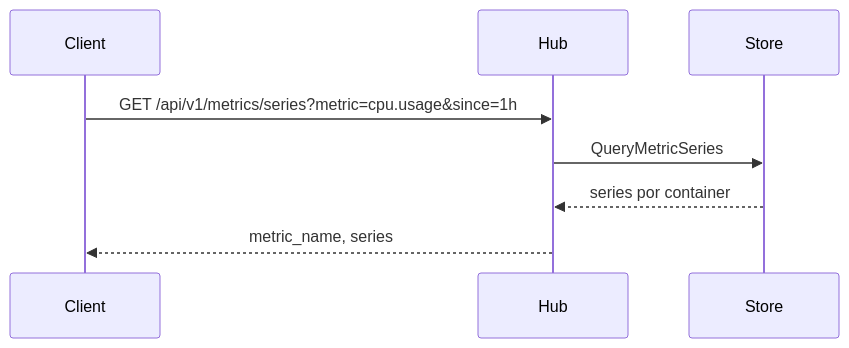
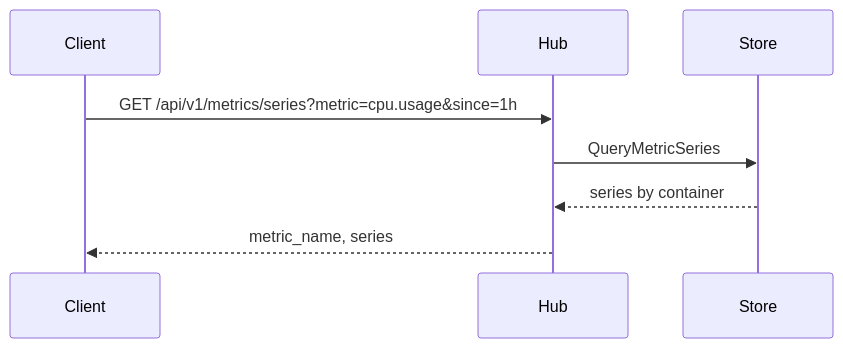
One commit to HarryRaddatz/argus-observability changed the second of 2 diagrams in docs/flows/metrics-ingestion.md. Above: the diagram before and after it, drawn with Mermaid. The commit also changed other lines of this file and 89 other files, not shown here.

````diff
--- a/docs/flows/metrics-ingestion.md
+++ b/docs/flows/metrics-ingestion.md
@@ -44,11 +44,11 @@
 ```mermaid
 sequenceDiagram
   participant Client
   participant Hub
   participant Store
 
   Client->>Hub: GET /api/v1/metrics/series?metric=cpu.usage&since=1h
   Hub->>Store: QueryMetricSeries
-  Store-->>Hub: series por container
+  Store-->>Hub: series by container
   Hub-->>Client: metric_name, series
 ```
````
